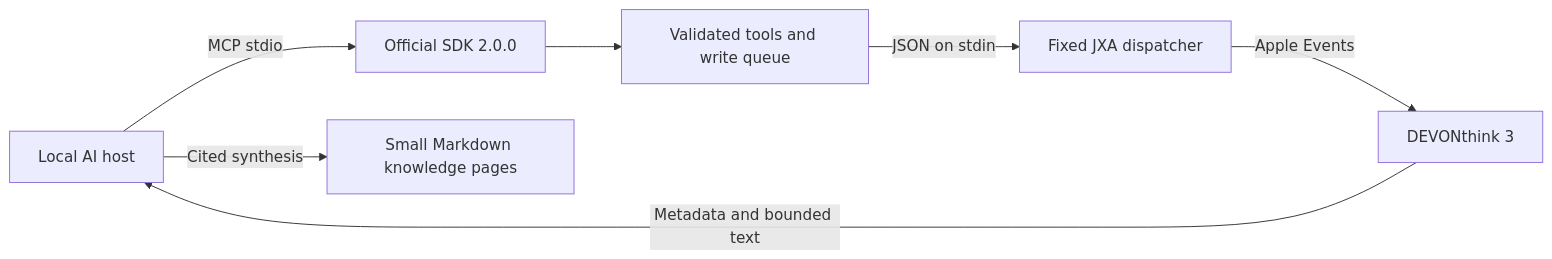
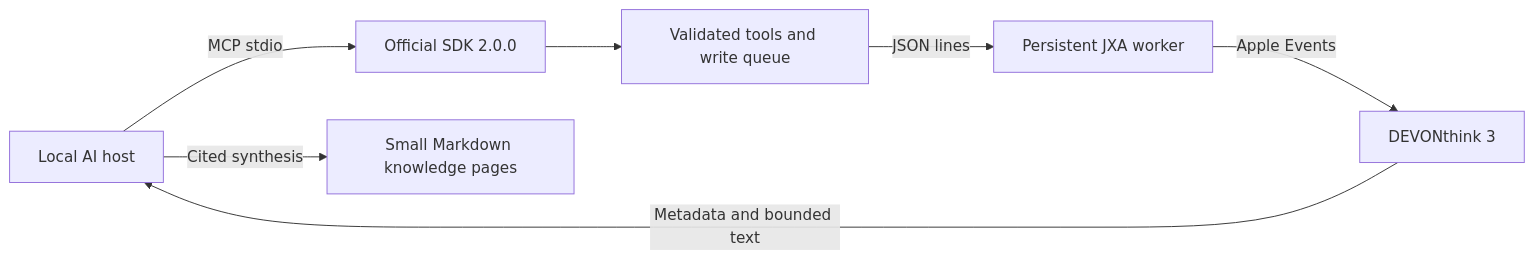
The diagram in docs/design.md (waylake/devonthink3-mcp), drawn with Mermaid before and after one commit. The commit also changed other lines of this file and 15 other files, not shown here.

First line of the commit message:
feat(perf): keep a JXA worker warm and add bulk reads

````diff
--- a/docs/design.md
+++ b/docs/design.md
@@ -7,9 +7,9 @@
 ```mermaid
 flowchart LR
   A[Local AI host] -->|MCP stdio| B[Official SDK 2.0.0]
   B --> C[Validated tools and write queue]
-  C -->|JSON on stdin| D[Fixed JXA dispatcher]
+  C -->|JSON lines| D[Persistent JXA worker]
   D -->|Apple Events| E[DEVONthink 3]
   E -->|Metadata and bounded text| A
   A -->|Cited synthesis| F[Small Markdown knowledge pages]
 ```
````
